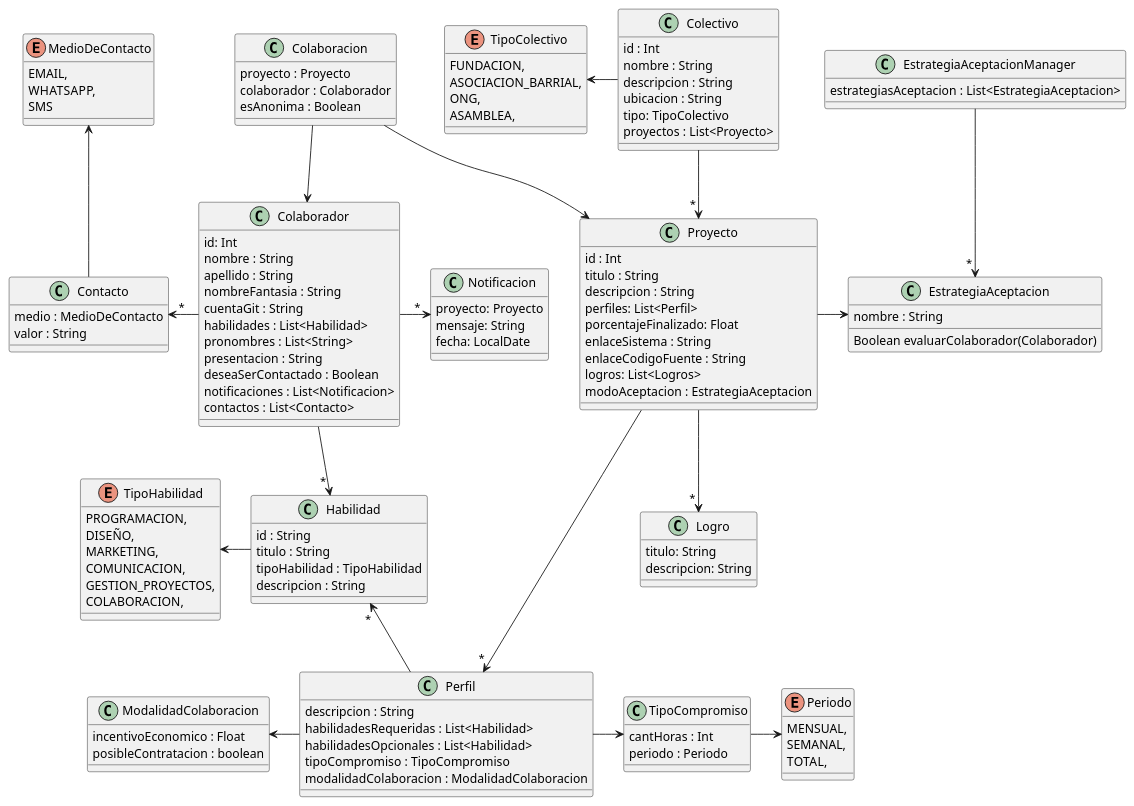
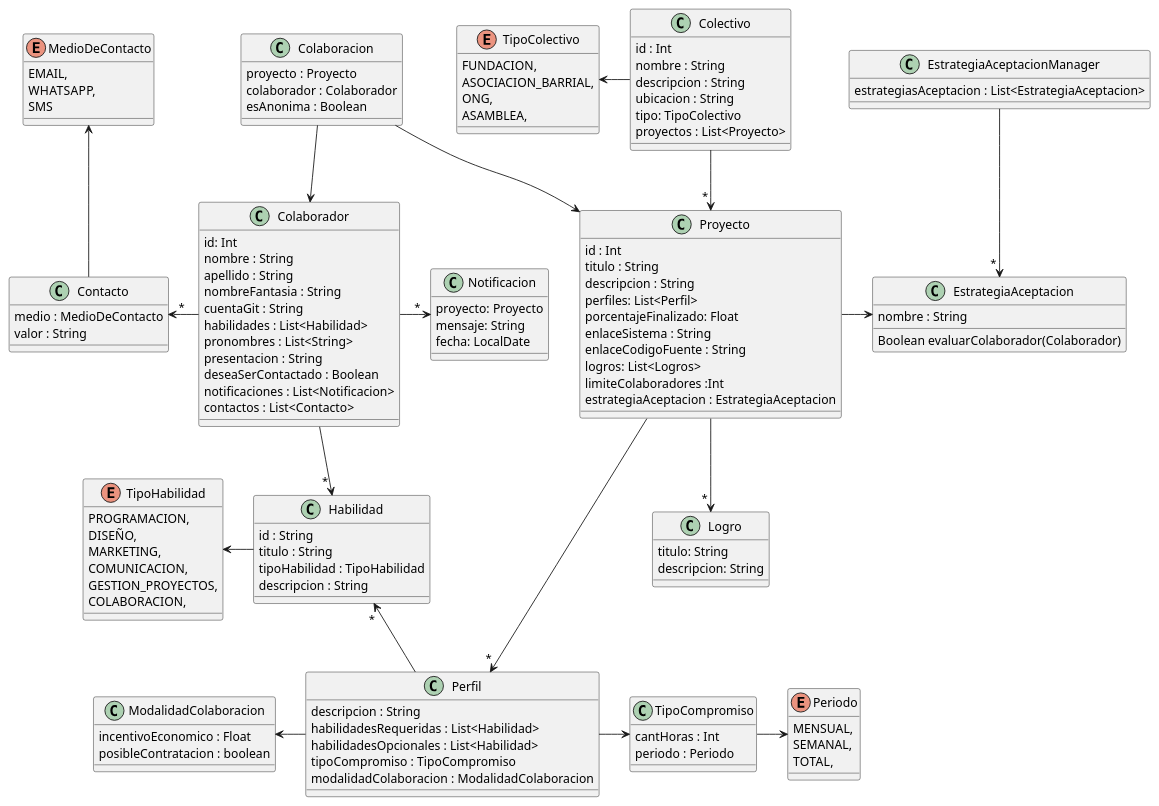
Before and after one commit to luchoetapia/tp_ddso_grupo_4: the diagram in diagramaDeClases.puml, drawn with PlantUML. The commit also changed 7 other files, not shown here.

Commit message:
feat: Implementacion estrategia aceptacion en Dominio

```diff
--- a/diagramaDeClases.puml
+++ b/diagramaDeClases.puml
@@ -1,151 +1,152 @@
 @startuml
 
 class Colectivo {
 id : Int
 nombre : String
 descripcion : String
 ubicacion : String
 tipo: TipoColectivo
 proyectos : List<Proyecto>
 }
 
 class Proyecto {
 id : Int 
 titulo : String
 descripcion : String
 perfiles: List<Perfil>
 porcentajeFinalizado: Float
 enlaceSistema : String
 enlaceCodigoFuente : String
 logros: List<Logros>
-modoAceptacion : EstrategiaAceptacion
+limiteColaboradores :Int
+estrategiaAceptacion : EstrategiaAceptacion
 }
 
 class EstrategiaAceptacion {
     nombre : String
 
     Boolean evaluarColaborador(Colaborador)
 }
 
 class EstrategiaAceptacionManager {
     estrategiasAceptacion : List<EstrategiaAceptacion>
 }
 
 '(Fran): No estoy seguro que mas agregarle a los logros, consultar.
 class Logro {
 titulo: String
 descripcion: String
 }
 
 class Perfil {
 descripcion : String
 habilidadesRequeridas : List<Habilidad>
 habilidadesOpcionales : List<Habilidad>
 tipoCompromiso : TipoCompromiso
 modalidadColaboracion : ModalidadColaboracion
 }
 
 class TipoCompromiso {
 cantHoras : Int
 periodo : Periodo
 }
 
 ' Cambio el id a String, porque el enunciado dice que es el titulo normalizado.
 class Habilidad {
 id : String
 titulo : String
 tipoHabilidad : TipoHabilidad
 descripcion : String
 }
 
 class Colaborador{
 id: Int
 nombre : String
 apellido : String
 nombreFantasia : String
 cuentaGit : String
 habilidades : List<Habilidad>
 pronombres : List<String>
 presentacion : String
 deseaSerContactado : Boolean
 notificaciones : List<Notificacion>
 contactos : List<Contacto>
 }
 
 class Contacto {
 medio : MedioDeContacto
 valor : String
 }
 
 enum MedioDeContacto {
 EMAIL,
 WHATSAPP,
 SMS
 }
 
 class Notificacion {
 proyecto: Proyecto
 mensaje: String
 fecha: LocalDate
 }
 
 class Colaboracion {
 proyecto : Proyecto
 colaborador : Colaborador
 esAnonima : Boolean
 }
 
 class ModalidadColaboracion {
 incentivoEconomico : Float
 posibleContratacion : boolean
 }
 
 enum TipoColectivo {
 FUNDACION, 
 ASOCIACION_BARRIAL, 
 ONG, 
 ASAMBLEA,
 }
 
 enum Periodo {
 MENSUAL, 
 SEMANAL, 
 TOTAL,
 }
 
 enum TipoHabilidad {
 PROGRAMACION, 
 DISEÑO, 
 MARKETING, 
 COMUNICACION, 
 GESTION_PROYECTOS, 
 COLABORACION,
 }
 
 Colectivo -d-> " * " Proyecto
 Colectivo -l-> TipoColectivo
 
 Proyecto -d-> " * " Perfil
 Proyecto -d-> " * " Logro
 
 Perfil -r-> TipoCompromiso
 Perfil -l-> ModalidadColaboracion
 Perfil -u-> " * " Habilidad
 
 Colaboracion -d-> Proyecto
 
 Colaborador <-u- Colaboracion
 Colaborador -d-> " * " Habilidad
 Colaborador -l-> " * " Contacto
 Colaborador -> " * " Notificacion
 
 Contacto -u-> MedioDeContacto
 
 TipoCompromiso -r-> Periodo
 
 Habilidad -l-> TipoHabilidad
 
 Proyecto -> EstrategiaAceptacion
 
 EstrategiaAceptacionManager -d-> " * " EstrategiaAceptacion
 @enduml
```
